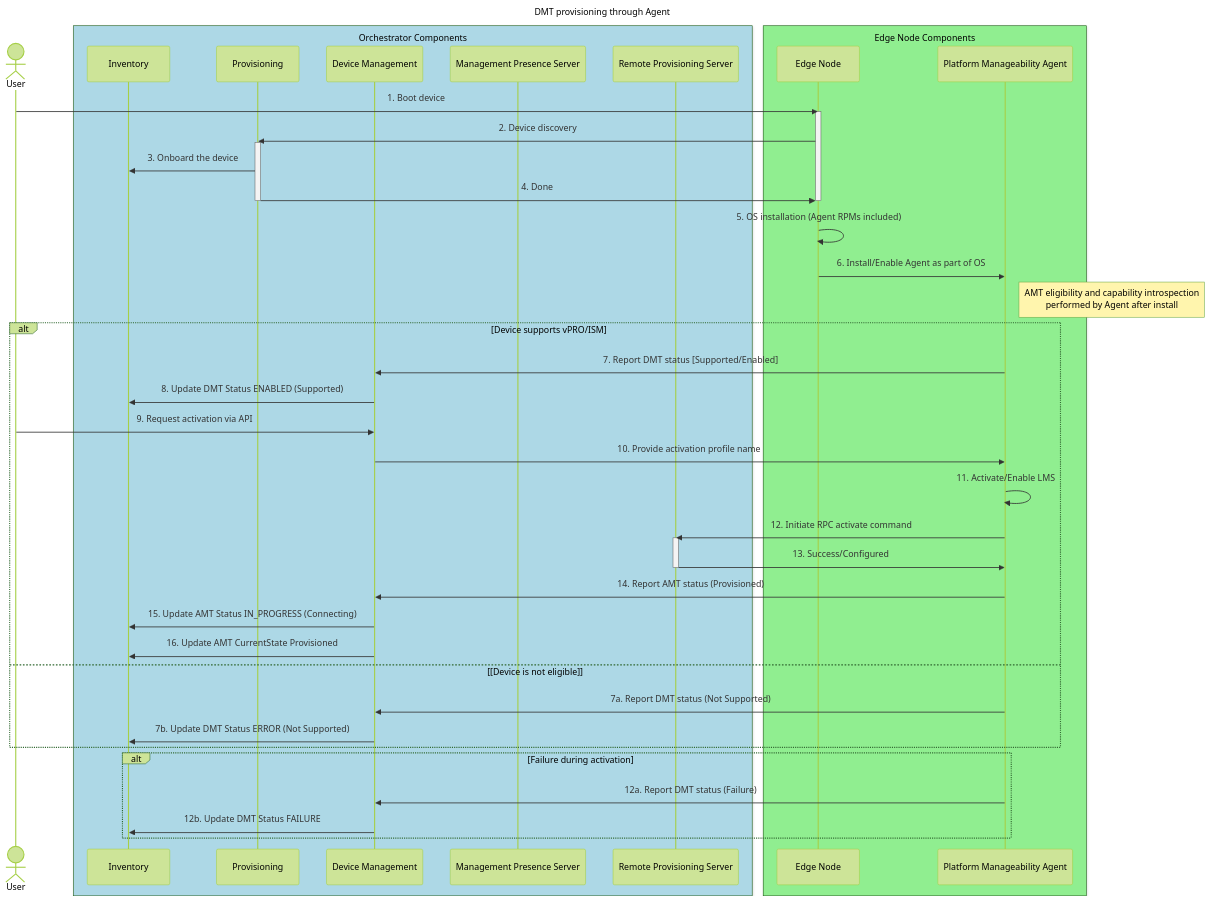
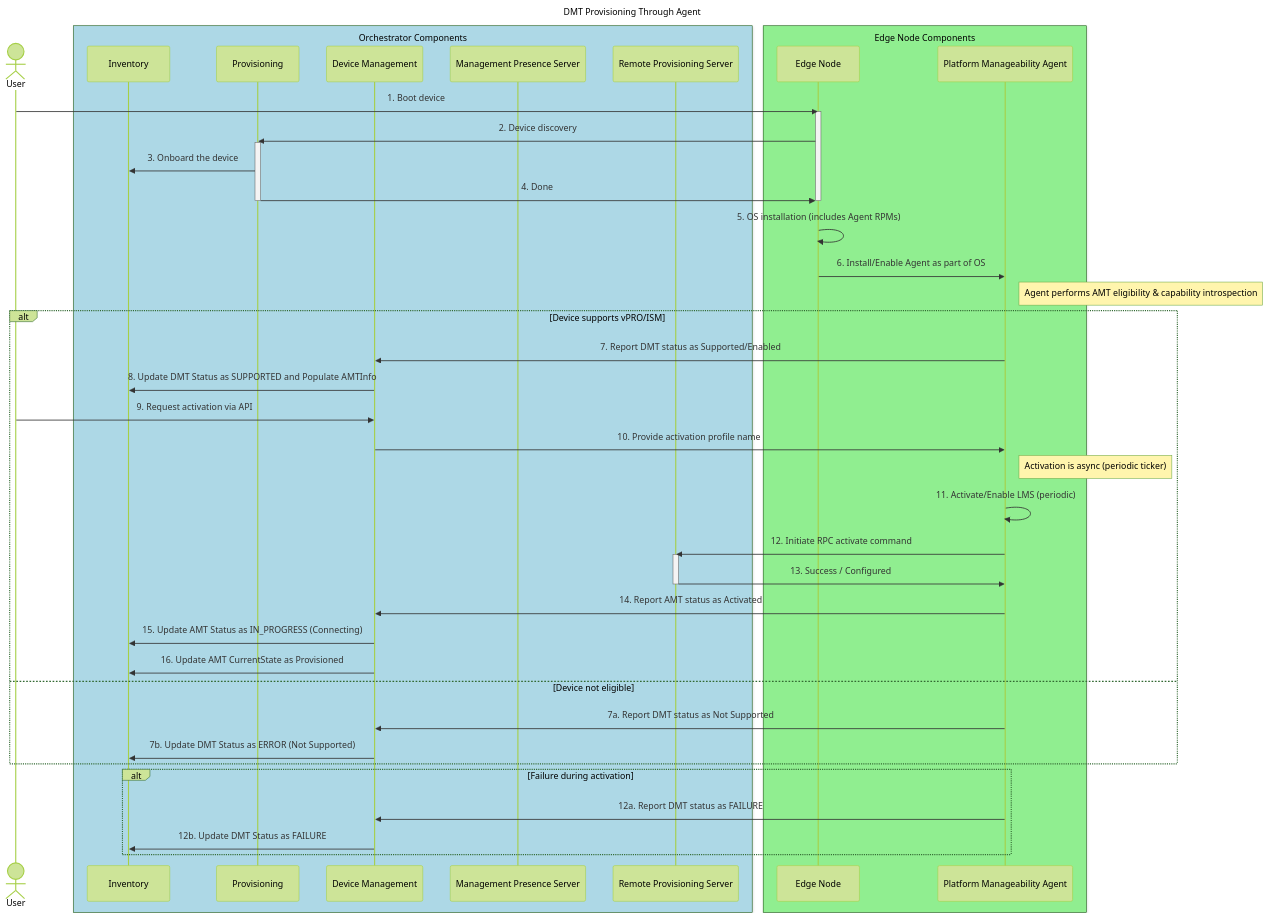
Before and after one commit to open-edge-platform/edge-manageability-framework: the diagram in design-proposals/vpro-device.md, drawn with Mermaid (forest theme).

Commit message:
address review comments

````diff
--- a/design-proposals/vpro-device.md
+++ b/design-proposals/vpro-device.md
@@ -59,55 +59,62 @@
 ```mermaid
 sequenceDiagram
-    title DMT provisioning through Agent
+    title DMT Provisioning Through Agent
+
     actor us as User
-  
+
     box rgb(173, 216, 230) Orchestrator Components
-    participant inv as Inventory
-    participant ps as Provisioning
-    participant dm as Device Management
-    participant mps as Management Presence Server
-    participant rps as Remote Provisioning Server
+        participant inv as Inventory
+        participant ps as Provisioning
+        participant dm as Device Management
+        participant mps as Management Presence Server
+        participant rps as Remote Provisioning Server
     end
- 
+
     box rgb(144, 238, 144) Edge Node Components
-    participant en as Edge Node
-    participant agent as Platform Manageability Agent
+        participant en as Edge Node
+        participant agent as Platform Manageability Agent
     end
 
     us ->> en: 1. Boot device
     activate en
     en ->> ps: 2. Device discovery
     activate ps
     ps ->> inv: 3. Onboard the device
     ps ->> en: 4. Done
     deactivate ps
     deactivate en
 
-    en ->> en: 5. OS installation (Agent RPMs included)
+    en ->> en: 5. OS installation (includes Agent RPMs)
     en ->> agent: 6. Install/Enable Agent as part of OS
 
-    Note right of agent: AMT eligibility and capability introspection<br>performed by Agent after install
+    Note right of agent: Agent performs AMT eligibility & capability introspection
 
     alt Device supports vPRO/ISM
-        agent ->> dm: 7. Report DMT status [Supported/Enabled]
-        dm ->> inv: 8. Update DMT Status ENABLED (Supported)
+        agent ->> dm: 7. Report DMT status as Supported/Enabled
+        dm ->> inv: 8. Update DMT Status as SUPPORTED and Populate AMTInfo
+
         us ->> dm: 9. Request activation via API
         dm ->> agent: 10. Provide activation profile name
-        agent ->> agent: 11. Activate/Enable LMS  
+
+        Note right of agent: Activation is async (periodic ticker)
+
+        agent ->> agent: 11. Activate/Enable LMS (periodic)
         agent ->> rps: 12. Initiate RPC activate command
         activate rps
-        rps ->> agent: 13. Success/Configured
+        rps ->> agent: 13. Success / Configured
         deactivate rps
-        agent ->> dm: 14. Report AMT status (Provisioned)
-        dm ->> inv: 15. Update AMT Status IN_PROGRESS (Connecting)
-        dm ->> inv: 16. Update AMT CurrentState Provisioned
-    else [Device is not eligible]
-        agent ->> dm: 7a. Report DMT status (Not Supported)
-        dm ->> inv: 7b. Update DMT Status ERROR (Not Supported)
+
+        agent ->> dm: 14. Report AMT status as Activated
+        dm ->> inv: 15. Update AMT Status as IN_PROGRESS (Connecting)
+        dm ->> inv: 16. Update AMT CurrentState as Provisioned
+
+    else Device not eligible
+        agent ->> dm: 7a. Report DMT status as Not Supported
+        dm ->> inv: 7b. Update DMT Status as ERROR (Not Supported)
     end
 
     alt Failure during activation
-        agent ->> dm: 12a. Report DMT status (Failure)
-        dm ->> inv: 12b. Update DMT Status FAILURE
+        agent ->> dm: 12a. Report DMT status as FAILURE
+        dm ->> inv: 12b. Update DMT Status as FAILURE
     end
 ```
````
